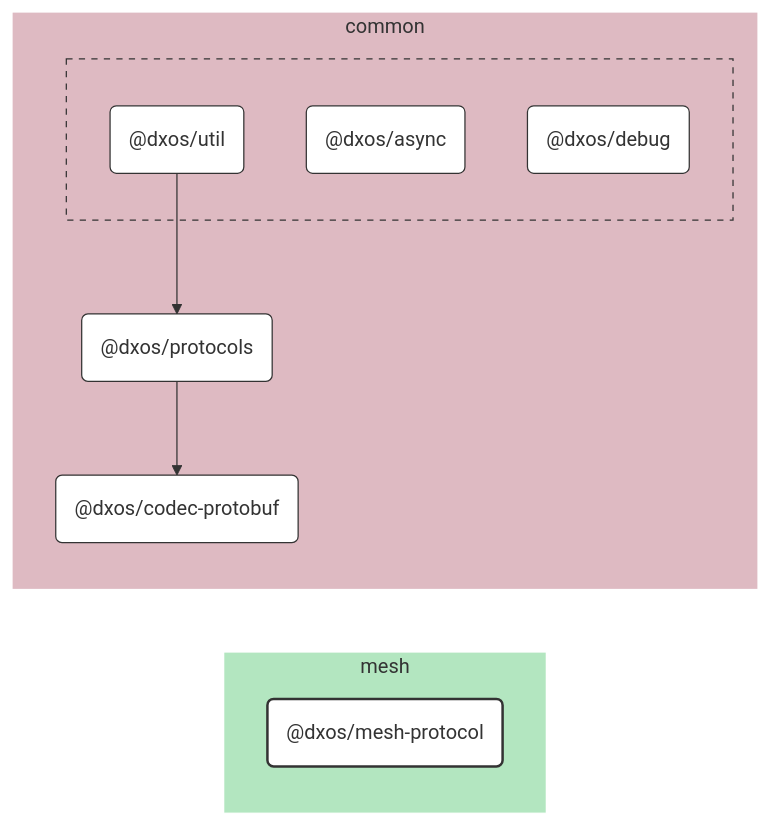
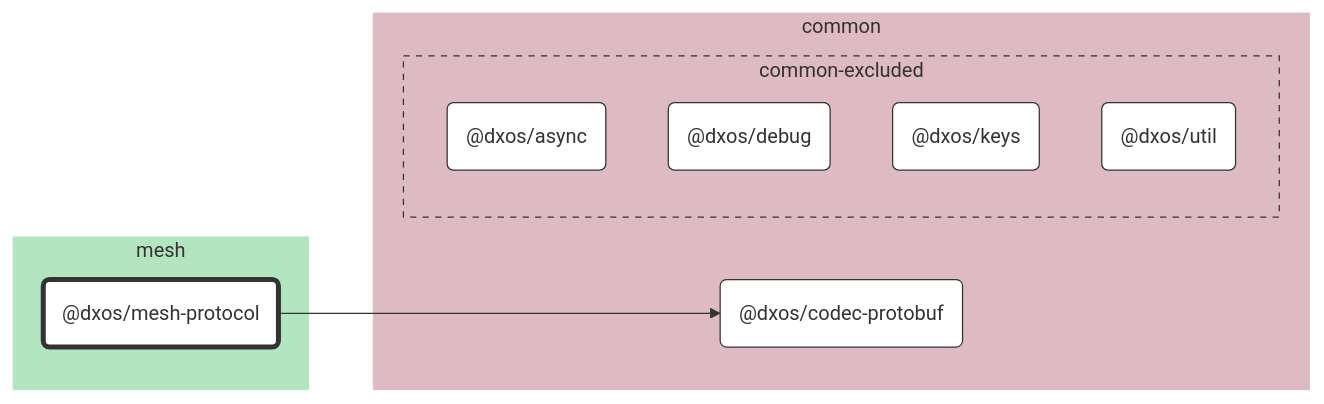
The diagram in packages/mesh/mesh-protocol/docs/README.md (dxos/dxos), drawn with Mermaid before and after one commit. The commit also changed other lines of this file and 683 other files, not shown here.

````diff
--- a/packages/mesh/mesh-protocol/docs/README.md
+++ b/packages/mesh/mesh-protocol/docs/README.md
@@ -7,52 +7,39 @@
 ```mermaid
 %%{ init: {'flowchart':{'curve':'basis'}} }%%
 
 flowchart LR
 
-%% Links
-dxos/protocols --> dxos/codec-protobuf;
-dxos/util --> dxos/protocols;
+%% Classes
+classDef def fill:#fff,stroke:#333,stroke-width:1px
+classDef root fill:#fff,stroke:#333,stroke-width:4px
 
-%% Sections
-subgraph mesh
-  style mesh fill:#b3e6c0,stroke:#fff;
+%% Nodes
 
-  dxos/mesh-protocol("@dxos/mesh-protocol")
+subgraph mesh [mesh]
+  style mesh fill:#b3e6c0,stroke:#fff
+  dxos/mesh-protocol("@dxos/mesh-protocol"):::root
+  click dxos/mesh-protocol "dxos/dxos/tree/main/packages/mesh/mesh-protocol/docs"
 end
 
-subgraph common
-  style common fill:#debac2,stroke:#fff;
+subgraph common [common]
+  style common fill:#debac2,stroke:#fff
+  dxos/codec-protobuf("@dxos/codec-protobuf"):::def
+  click dxos/codec-protobuf "dxos/dxos/tree/main/packages/common/codec-protobuf/docs"
 
-  dxos/codec-protobuf("@dxos/codec-protobuf")
-  dxos/protocols("@dxos/protocols")
-
-  subgraph common-excluded [ ]
-    style common-excluded fill:#debac2,stroke:#333,stroke-dasharray:5 5;
-
-    dxos/async("@dxos/async")
-    dxos/debug("@dxos/debug")
-    dxos/util("@dxos/util")
+  subgraph common-excluded [common-excluded]
+    style common-excluded fill:#debac2,stroke:#333,stroke-dasharray:5 5
+    dxos/async("@dxos/async"):::def
+    click dxos/async "dxos/dxos/tree/main/packages/common/async/docs"
+    dxos/debug("@dxos/debug"):::def
+    click dxos/debug "dxos/dxos/tree/main/packages/common/debug/docs"
+    dxos/keys("@dxos/keys"):::def
+    click dxos/keys "dxos/dxos/tree/main/packages/common/keys/docs"
+    dxos/util("@dxos/util"):::def
+    click dxos/util "dxos/dxos/tree/main/packages/common/util/docs"
   end
 end
 
-
-%% Hyperlinks
-click dxos/async "dxos/dxos/tree/main/packages/common/async/docs";
-click dxos/codec-protobuf "dxos/dxos/tree/main/packages/common/codec-protobuf/docs";
-click dxos/debug "dxos/dxos/tree/main/packages/common/debug/docs";
-click dxos/protocols "dxos/dxos/tree/main/packages/common/protocols/docs";
-click dxos/util "dxos/dxos/tree/main/packages/common/util/docs";
-
-%% Styles
-classDef rootNode fill:#fff,stroke:#333,stroke-width:2px
-classDef defaultNode fill:#fff,stroke:#333,stroke-width:1px
+%% Links
 linkStyle default stroke:#333,stroke-width:1px
-
-dxos/mesh-protocol:::rootNode
-
-dxos/async:::defaultNode
-dxos/codec-protobuf:::defaultNode
-dxos/debug:::defaultNode
-dxos/protocols:::defaultNode
-dxos/util:::defaultNode
+dxos/mesh-protocol --> dxos/codec-protobuf
 ```
````
